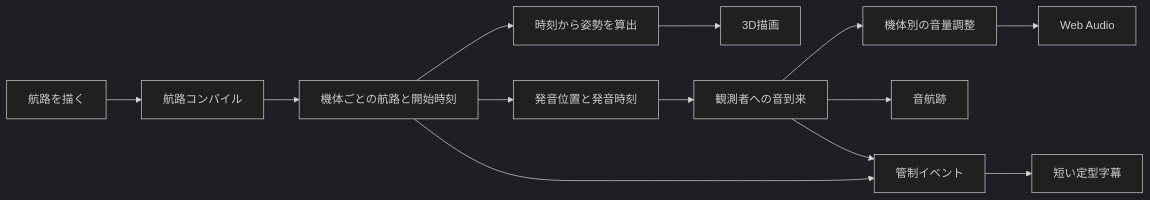
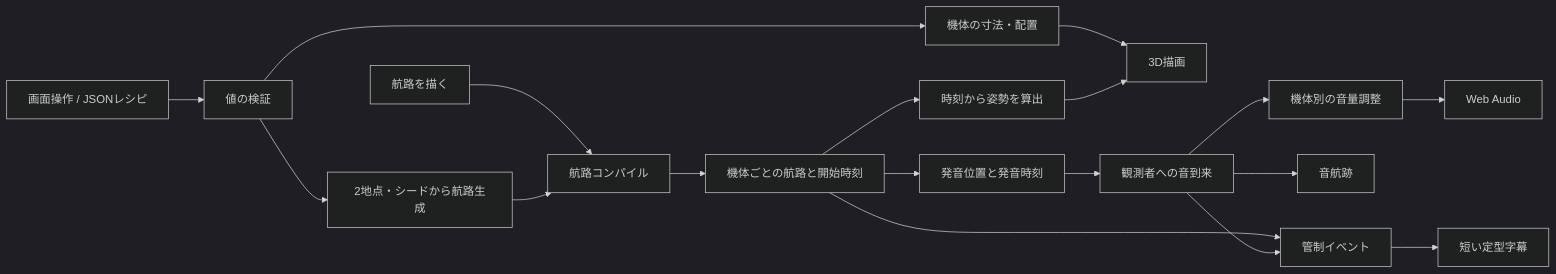
Before and after one commit to toM7x7/airplanevoice: the diagram in docs/engine-design.md, drawn with Mermaid (dark theme). The commit also changed other lines of this file and 30 other files, not shown here.

````diff
--- a/docs/engine-design.md
+++ b/docs/engine-design.md
@@ -7,15 +7,20 @@
 ```mermaid
 flowchart LR
   A[航路を描く] --> B[航路コンパイル]
+  R[画面操作 / JSONレシピ] --> V[値の検証]
+  V --> P[2地点・シードから航路生成]
+  P --> B
+  V --> M[機体の寸法・配置]
+  M --> E
   B --> C[機体ごとの航路と開始時刻]
   C --> D[時刻から姿勢を算出]
   D --> E[3D描画]
   C --> F[発音位置と発音時刻]
   F --> G[観測者への音到来]
   G --> H[機体別の音量調整]
   H --> I[Web Audio]
   G --> J[音航跡]
   C --> K[管制イベント]
   G --> K
   K --> L[短い定型字幕]
 ```
````
